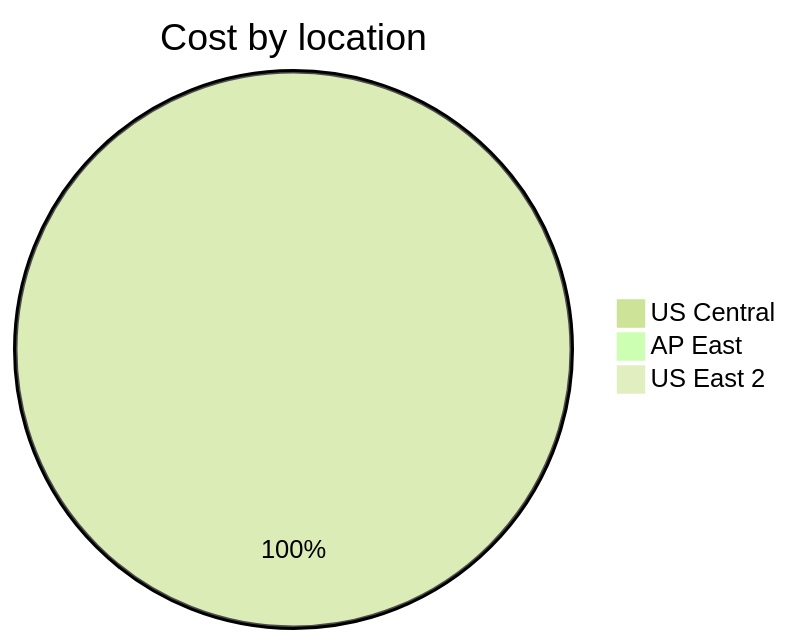
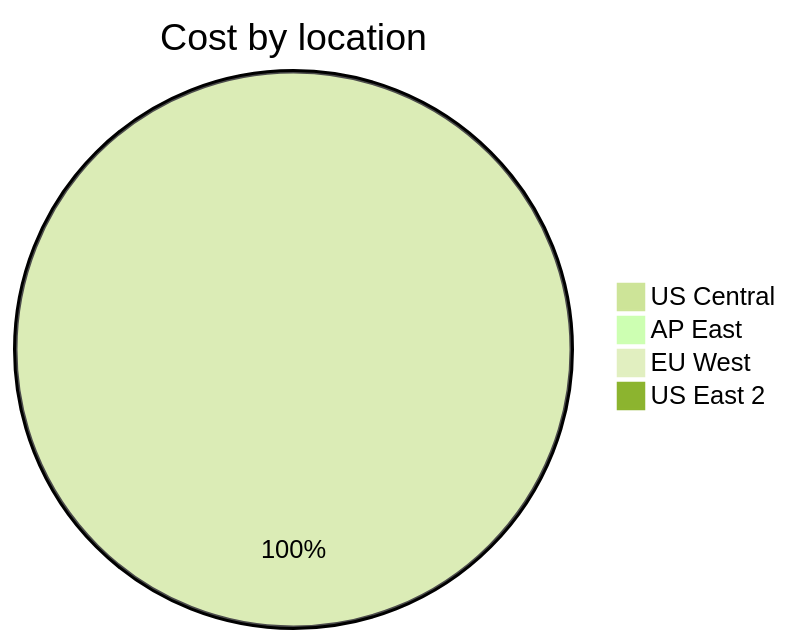
One commit to jpfulton/azure-personal-reports changed the third of 4 diagrams in cost-reports/personal-site/personal-site-preview.md. Above: the diagram before and after it, drawn with Mermaid (forest theme). The commit also changed other lines of this file and 6 other files, not shown here.

````diff
--- a/cost-reports/personal-site/personal-site-preview.md
+++ b/cost-reports/personal-site/personal-site-preview.md
@@ -109,7 +110,8 @@
 ```mermaid
 pie
    title Cost by location
-   "US Central" : 1.75
+   "US Central" : 2.03
    "AP East" : 0.00
+   "EU West" : 0.00
    "US East 2" : 0.00
 ```
````
